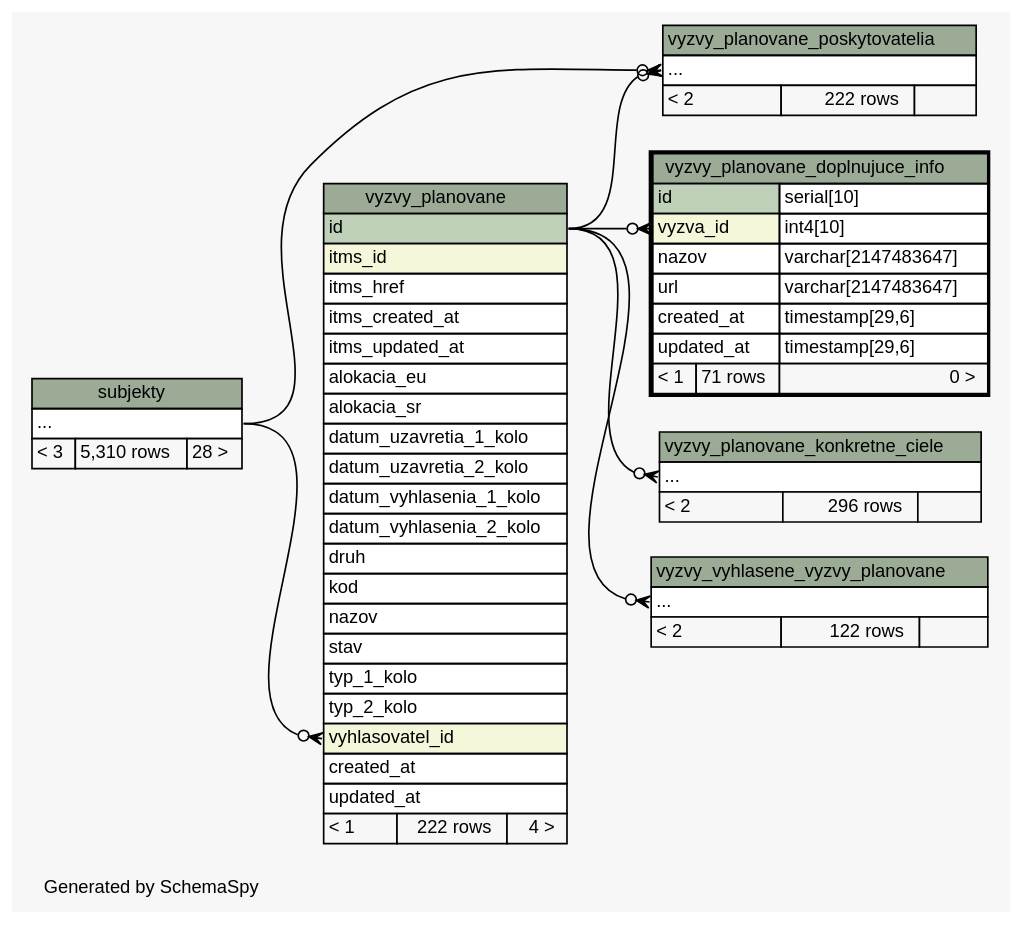
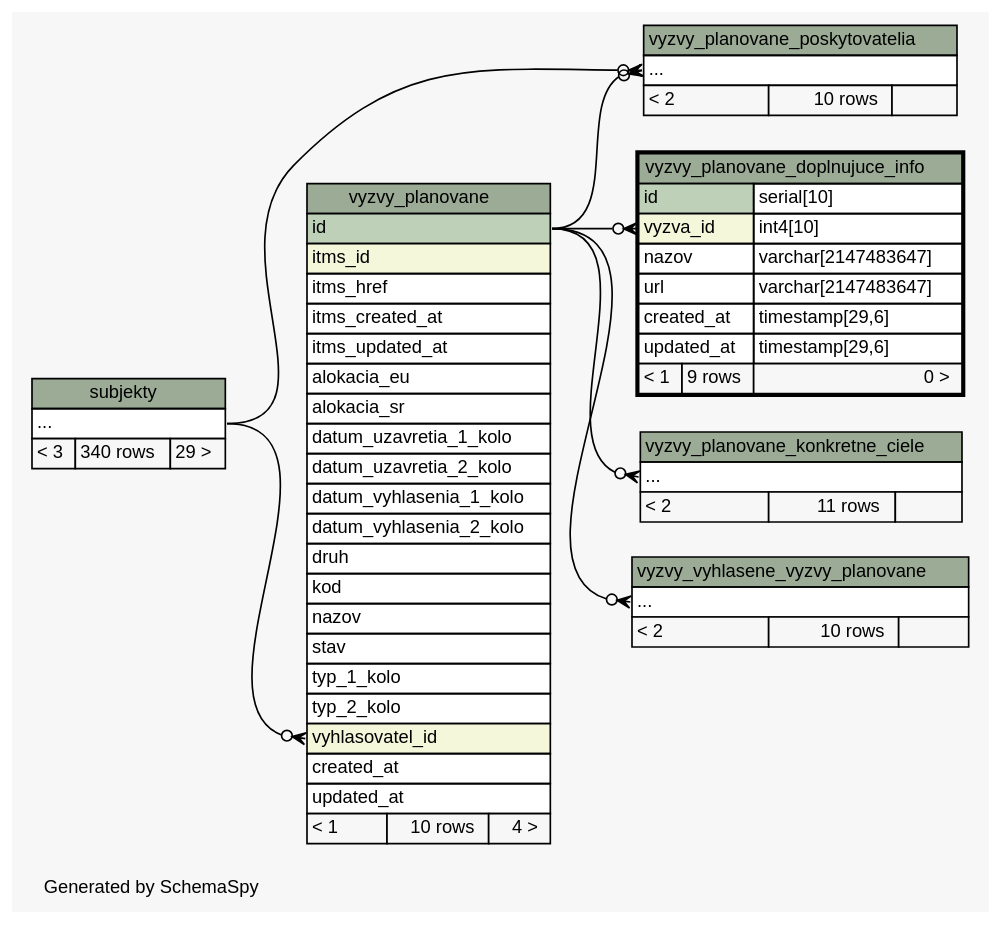
The diagram in diagrams/vyzvy_planovane_doplnujuce_info.2degrees.dot (eronisko/itms_schema), drawn with Graphviz before and after one commit. The commit also changed 473 other files, not shown here.

Commit message:
Reload schema data

```diff
--- a/diagrams/vyzvy_planovane_doplnujuce_info.2degrees.dot
+++ b/diagrams/vyzvy_planovane_doplnujuce_info.2degrees.dot
@@ -1,112 +1,112 @@
 // dot 2.38.0 on Linux 4.10.0-38-generic
 // SchemaSpy rev 590
 digraph "twoDegreesRelationshipsDiagram" {
   graph [
     rankdir="RL"
     bgcolor="#f7f7f7"
     label="\nGenerated by SchemaSpy"
     labeljust="l"
     nodesep="0.18"
     ranksep="0.46"
     fontname="Helvetica"
     fontsize="11"
   ];
   node [
     fontname="Helvetica"
     fontsize="11"
     shape="plaintext"
   ];
   edge [
     arrowsize="0.8"
   ];
   "vyzvy_planovane":"vyhlasovatel_id":w -> "subjekty":"elipses":e [arrowhead=none dir=back arrowtail=crowodot];
   "vyzvy_planovane_doplnujuce_info":"vyzva_id":w -> "vyzvy_planovane":"id":e [arrowhead=none dir=back arrowtail=crowodot];
   "vyzvy_planovane_konkretne_ciele":"elipses":w -> "vyzvy_planovane":"id":e [arrowhead=none dir=back arrowtail=crowodot];
   "vyzvy_planovane_poskytovatelia":"elipses":w -> "subjekty":"elipses":e [arrowhead=none dir=back arrowtail=crowodot];
   "vyzvy_planovane_poskytovatelia":"elipses":w -> "vyzvy_planovane":"id":e [arrowhead=none dir=back arrowtail=crowodot];
   "vyzvy_vyhlasene_vyzvy_planovane":"elipses":w -> "vyzvy_planovane":"id":e [arrowhead=none dir=back arrowtail=crowodot];
   "subjekty" [
     label=<
     <TABLE BORDER="0" CELLBORDER="1" CELLSPACING="0" BGCOLOR="#ffffff">
       <TR><TD COLSPAN="3" BGCOLOR="#9bab96" ALIGN="CENTER">subjekty</TD></TR>
       <TR><TD PORT="elipses" COLSPAN="3" ALIGN="LEFT">...</TD></TR>
-      <TR><TD ALIGN="LEFT" BGCOLOR="#f7f7f7">&lt; 3</TD><TD ALIGN="RIGHT" BGCOLOR="#f7f7f7">5,310 rows</TD><TD ALIGN="RIGHT" BGCOLOR="#f7f7f7">28 &gt;</TD></TR>
+      <TR><TD ALIGN="LEFT" BGCOLOR="#f7f7f7">&lt; 3</TD><TD ALIGN="RIGHT" BGCOLOR="#f7f7f7">340 rows</TD><TD ALIGN="RIGHT" BGCOLOR="#f7f7f7">29 &gt;</TD></TR>
     </TABLE>>
     URL="subjekty.html"
     tooltip="subjekty"
   ];
   "vyzvy_planovane" [
     label=<
     <TABLE BORDER="0" CELLBORDER="1" CELLSPACING="0" BGCOLOR="#ffffff">
       <TR><TD COLSPAN="3" BGCOLOR="#9bab96" ALIGN="CENTER">vyzvy_planovane</TD></TR>
       <TR><TD PORT="id" COLSPAN="3" BGCOLOR="#bed1b8" ALIGN="LEFT">id</TD></TR>
       <TR><TD PORT="itms_id" COLSPAN="3" BGCOLOR="#f4f7da" ALIGN="LEFT">itms_id</TD></TR>
       <TR><TD PORT="itms_href" COLSPAN="3" ALIGN="LEFT">itms_href</TD></TR>
       <TR><TD PORT="itms_created_at" COLSPAN="3" ALIGN="LEFT">itms_created_at</TD></TR>
       <TR><TD PORT="itms_updated_at" COLSPAN="3" ALIGN="LEFT">itms_updated_at</TD></TR>
       <TR><TD PORT="alokacia_eu" COLSPAN="3" ALIGN="LEFT">alokacia_eu</TD></TR>
       <TR><TD PORT="alokacia_sr" COLSPAN="3" ALIGN="LEFT">alokacia_sr</TD></TR>
       <TR><TD PORT="datum_uzavretia_1_kolo" COLSPAN="3" ALIGN="LEFT">datum_uzavretia_1_kolo</TD></TR>
       <TR><TD PORT="datum_uzavretia_2_kolo" COLSPAN="3" ALIGN="LEFT">datum_uzavretia_2_kolo</TD></TR>
       <TR><TD PORT="datum_vyhlasenia_1_kolo" COLSPAN="3" ALIGN="LEFT">datum_vyhlasenia_1_kolo</TD></TR>
       <TR><TD PORT="datum_vyhlasenia_2_kolo" COLSPAN="3" ALIGN="LEFT">datum_vyhlasenia_2_kolo</TD></TR>
       <TR><TD PORT="druh" COLSPAN="3" ALIGN="LEFT">druh</TD></TR>
       <TR><TD PORT="kod" COLSPAN="3" ALIGN="LEFT">kod</TD></TR>
       <TR><TD PORT="nazov" COLSPAN="3" ALIGN="LEFT">nazov</TD></TR>
       <TR><TD PORT="stav" COLSPAN="3" ALIGN="LEFT">stav</TD></TR>
       <TR><TD PORT="typ_1_kolo" COLSPAN="3" ALIGN="LEFT">typ_1_kolo</TD></TR>
       <TR><TD PORT="typ_2_kolo" COLSPAN="3" ALIGN="LEFT">typ_2_kolo</TD></TR>
       <TR><TD PORT="vyhlasovatel_id" COLSPAN="3" BGCOLOR="#f4f7da" ALIGN="LEFT">vyhlasovatel_id</TD></TR>
       <TR><TD PORT="created_at" COLSPAN="3" ALIGN="LEFT">created_at</TD></TR>
       <TR><TD PORT="updated_at" COLSPAN="3" ALIGN="LEFT">updated_at</TD></TR>
-      <TR><TD ALIGN="LEFT" BGCOLOR="#f7f7f7">&lt; 1</TD><TD ALIGN="RIGHT" BGCOLOR="#f7f7f7">222 rows</TD><TD ALIGN="RIGHT" BGCOLOR="#f7f7f7">4 &gt;</TD></TR>
+      <TR><TD ALIGN="LEFT" BGCOLOR="#f7f7f7">&lt; 1</TD><TD ALIGN="RIGHT" BGCOLOR="#f7f7f7">10 rows</TD><TD ALIGN="RIGHT" BGCOLOR="#f7f7f7">4 &gt;</TD></TR>
     </TABLE>>
     URL="vyzvy_planovane.html"
     tooltip="vyzvy_planovane"
   ];
   "vyzvy_planovane_doplnujuce_info" [
     label=<
     <TABLE BORDER="2" CELLBORDER="1" CELLSPACING="0" BGCOLOR="#ffffff">
       <TR><TD COLSPAN="3" BGCOLOR="#9bab96" ALIGN="CENTER">vyzvy_planovane_doplnujuce_info</TD></TR>
       <TR><TD PORT="id" COLSPAN="2" BGCOLOR="#bed1b8" ALIGN="LEFT">id</TD><TD PORT="id.type" ALIGN="LEFT">serial[10]</TD></TR>
       <TR><TD PORT="vyzva_id" COLSPAN="2" BGCOLOR="#f4f7da" ALIGN="LEFT">vyzva_id</TD><TD PORT="vyzva_id.type" ALIGN="LEFT">int4[10]</TD></TR>
       <TR><TD PORT="nazov" COLSPAN="2" ALIGN="LEFT">nazov</TD><TD PORT="nazov.type" ALIGN="LEFT">varchar[2147483647]</TD></TR>
       <TR><TD PORT="url" COLSPAN="2" ALIGN="LEFT">url</TD><TD PORT="url.type" ALIGN="LEFT">varchar[2147483647]</TD></TR>
       <TR><TD PORT="created_at" COLSPAN="2" ALIGN="LEFT">created_at</TD><TD PORT="created_at.type" ALIGN="LEFT">timestamp[29,6]</TD></TR>
       <TR><TD PORT="updated_at" COLSPAN="2" ALIGN="LEFT">updated_at</TD><TD PORT="updated_at.type" ALIGN="LEFT">timestamp[29,6]</TD></TR>
-      <TR><TD ALIGN="LEFT" BGCOLOR="#f7f7f7">&lt; 1</TD><TD ALIGN="RIGHT" BGCOLOR="#f7f7f7">71 rows</TD><TD ALIGN="RIGHT" BGCOLOR="#f7f7f7">0 &gt;</TD></TR>
+      <TR><TD ALIGN="LEFT" BGCOLOR="#f7f7f7">&lt; 1</TD><TD ALIGN="RIGHT" BGCOLOR="#f7f7f7">9 rows</TD><TD ALIGN="RIGHT" BGCOLOR="#f7f7f7">0 &gt;</TD></TR>
     </TABLE>>
     URL="vyzvy_planovane_doplnujuce_info.html"
     tooltip="vyzvy_planovane_doplnujuce_info"
   ];
   "vyzvy_planovane_konkretne_ciele" [
     label=<
     <TABLE BORDER="0" CELLBORDER="1" CELLSPACING="0" BGCOLOR="#ffffff">
       <TR><TD COLSPAN="3" BGCOLOR="#9bab96" ALIGN="CENTER">vyzvy_planovane_konkretne_ciele</TD></TR>
       <TR><TD PORT="elipses" COLSPAN="3" ALIGN="LEFT">...</TD></TR>
-      <TR><TD ALIGN="LEFT" BGCOLOR="#f7f7f7">&lt; 2</TD><TD ALIGN="RIGHT" BGCOLOR="#f7f7f7">296 rows</TD><TD ALIGN="RIGHT" BGCOLOR="#f7f7f7">  </TD></TR>
+      <TR><TD ALIGN="LEFT" BGCOLOR="#f7f7f7">&lt; 2</TD><TD ALIGN="RIGHT" BGCOLOR="#f7f7f7">11 rows</TD><TD ALIGN="RIGHT" BGCOLOR="#f7f7f7">  </TD></TR>
     </TABLE>>
     URL="vyzvy_planovane_konkretne_ciele.html"
     tooltip="vyzvy_planovane_konkretne_ciele"
   ];
   "vyzvy_planovane_poskytovatelia" [
     label=<
     <TABLE BORDER="0" CELLBORDER="1" CELLSPACING="0" BGCOLOR="#ffffff">
       <TR><TD COLSPAN="3" BGCOLOR="#9bab96" ALIGN="CENTER">vyzvy_planovane_poskytovatelia</TD></TR>
       <TR><TD PORT="elipses" COLSPAN="3" ALIGN="LEFT">...</TD></TR>
-      <TR><TD ALIGN="LEFT" BGCOLOR="#f7f7f7">&lt; 2</TD><TD ALIGN="RIGHT" BGCOLOR="#f7f7f7">222 rows</TD><TD ALIGN="RIGHT" BGCOLOR="#f7f7f7">  </TD></TR>
+      <TR><TD ALIGN="LEFT" BGCOLOR="#f7f7f7">&lt; 2</TD><TD ALIGN="RIGHT" BGCOLOR="#f7f7f7">10 rows</TD><TD ALIGN="RIGHT" BGCOLOR="#f7f7f7">  </TD></TR>
     </TABLE>>
     URL="vyzvy_planovane_poskytovatelia.html"
     tooltip="vyzvy_planovane_poskytovatelia"
   ];
   "vyzvy_vyhlasene_vyzvy_planovane" [
     label=<
     <TABLE BORDER="0" CELLBORDER="1" CELLSPACING="0" BGCOLOR="#ffffff">
       <TR><TD COLSPAN="3" BGCOLOR="#9bab96" ALIGN="CENTER">vyzvy_vyhlasene_vyzvy_planovane</TD></TR>
       <TR><TD PORT="elipses" COLSPAN="3" ALIGN="LEFT">...</TD></TR>
-      <TR><TD ALIGN="LEFT" BGCOLOR="#f7f7f7">&lt; 2</TD><TD ALIGN="RIGHT" BGCOLOR="#f7f7f7">122 rows</TD><TD ALIGN="RIGHT" BGCOLOR="#f7f7f7">  </TD></TR>
+      <TR><TD ALIGN="LEFT" BGCOLOR="#f7f7f7">&lt; 2</TD><TD ALIGN="RIGHT" BGCOLOR="#f7f7f7">10 rows</TD><TD ALIGN="RIGHT" BGCOLOR="#f7f7f7">  </TD></TR>
     </TABLE>>
     URL="vyzvy_vyhlasene_vyzvy_planovane.html"
     tooltip="vyzvy_vyhlasene_vyzvy_planovane"
   ];
 }
```
